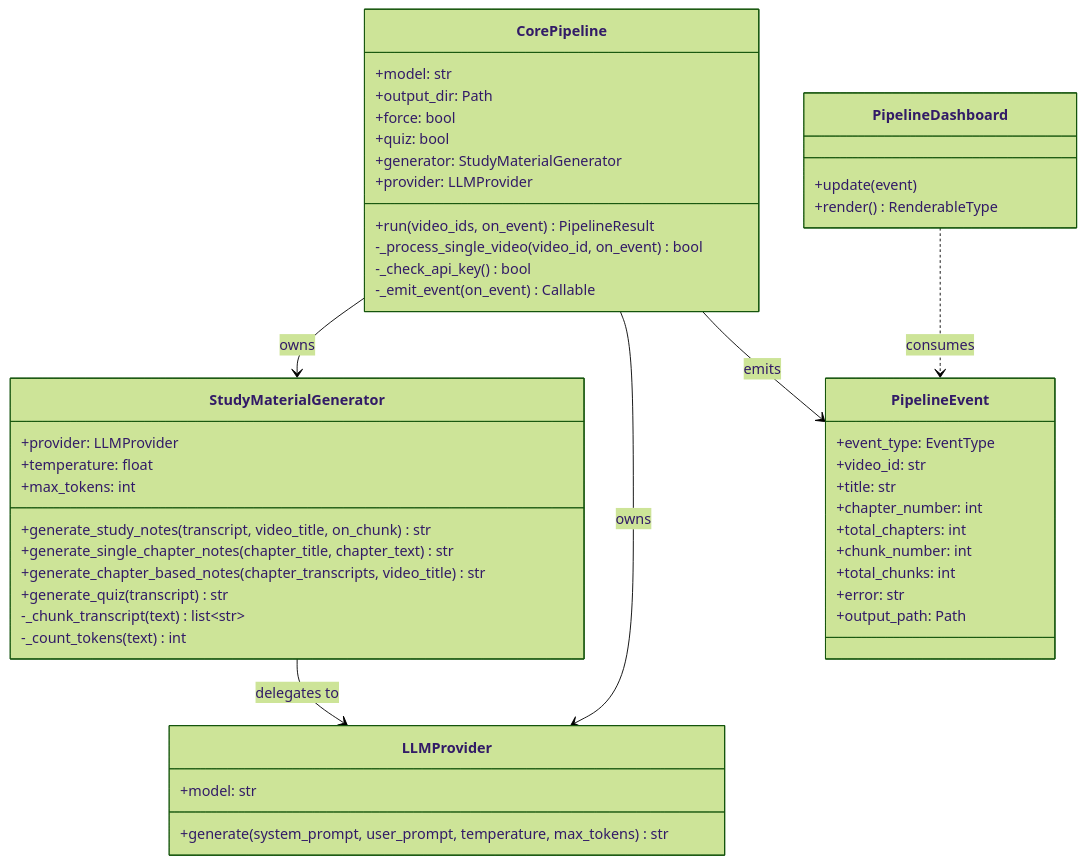
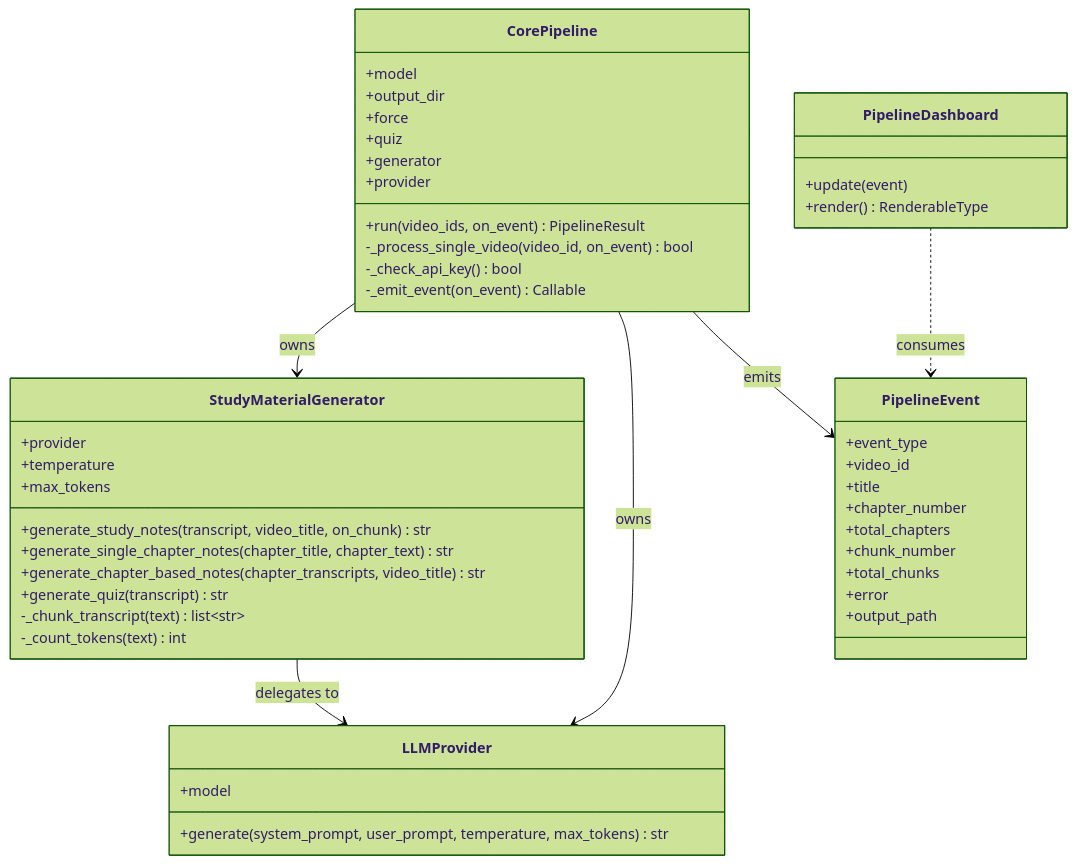
Before and after one commit to whoisjayd/notewise: the second of 3 diagrams in ARCHITECTURE.md, drawn with Mermaid (forest theme). The commit also changed other lines of this file and 1 other file, not shown here.

Commit message:
docs: update architecture diagrams for clarity and consistency

````diff
--- a/ARCHITECTURE.md
+++ b/ARCHITECTURE.md
@@ -55,55 +65,57 @@
 ```mermaid
 classDiagram
+    direction TB
+
     class CorePipeline {
-        +model: str
-        +output_dir: Path
-        +force: bool
-        +quiz: bool
-        +generator: StudyMaterialGenerator
-        +provider: LLMProvider
+        +model
+        +output_dir
+        +force
+        +quiz
+        +generator
+        +provider
         +run(video_ids, on_event) PipelineResult
         -_process_single_video(video_id, on_event) bool
         -_check_api_key() bool
         -_emit_event(on_event) Callable
     }
 
     class StudyMaterialGenerator {
-        +provider: LLMProvider
-        +temperature: float
-        +max_tokens: int
+        +provider
+        +temperature
+        +max_tokens
         +generate_study_notes(transcript, video_title, on_chunk) str
         +generate_single_chapter_notes(chapter_title, chapter_text) str
         +generate_chapter_based_notes(chapter_transcripts, video_title) str
         +generate_quiz(transcript) str
         -_chunk_transcript(text) list~str~
         -_count_tokens(text) int
     }
 
     class LLMProvider {
-        +model: str
+        +model
         +generate(system_prompt, user_prompt, temperature, max_tokens) str
     }
 
     class PipelineEvent {
-        +event_type: EventType
-        +video_id: str
-        +title: str
-        +chapter_number: int
-        +total_chapters: int
-        +chunk_number: int
-        +total_chunks: int
-        +error: str
-        +output_path: Path
+        +event_type
+        +video_id
+        +title
+        +chapter_number
+        +total_chapters
+        +chunk_number
+        +total_chunks
+        +error
+        +output_path
     }
 
     class PipelineDashboard {
         +update(event)
         +render() RenderableType
     }
 
     CorePipeline --> StudyMaterialGenerator : owns
     CorePipeline --> LLMProvider : owns
     CorePipeline --> PipelineEvent : emits
     StudyMaterialGenerator --> LLMProvider : delegates to
     PipelineDashboard ..> PipelineEvent : consumes
 ```
````
